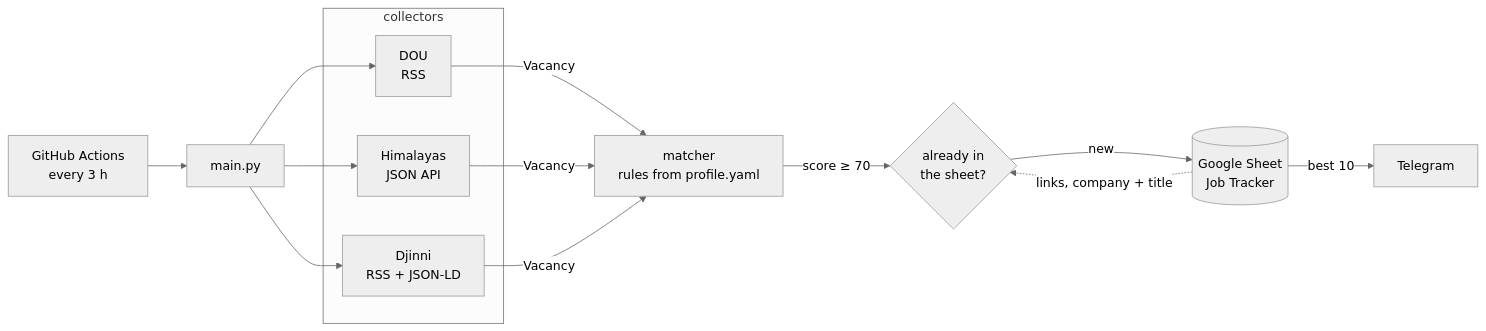
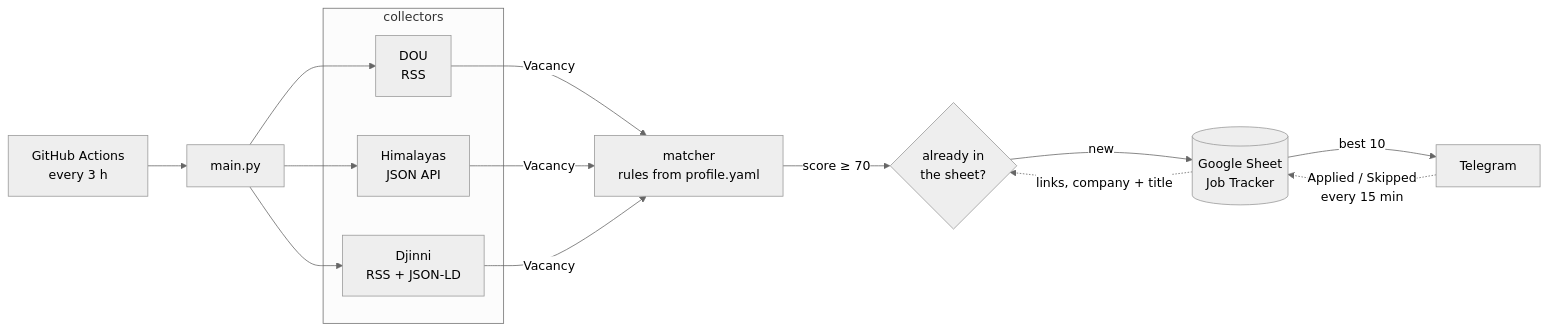
The diagram in README.md (dim-dimy4/job-matcher), drawn with Mermaid (neutral theme) before and after one commit. The commit also changed other lines of this file and 11 other files, not shown here.

First line of the commit message:
Add Applied / Skipped status buttons to Telegram messages

````diff
--- a/README.md
+++ b/README.md
@@ -13,15 +14,16 @@
 ```mermaid
 flowchart LR
     cron["GitHub Actions<br/>every 3 h"] --> main["main.py"]
     subgraph collectors
         dou["DOU<br/>RSS"]
         him["Himalayas<br/>JSON API"]
         djinni["Djinni<br/>RSS + JSON-LD"]
     end
     main --> dou & him & djinni
     dou & him & djinni -->|Vacancy| matcher["matcher<br/>rules from profile.yaml"]
     matcher -->|"score ≥ 70"| dedup{"already in<br/>the sheet?"}
     dedup -->|new| sheet[("Google Sheet<br/>Job Tracker")]
     sheet -->|"best 10"| tg["Telegram"]
     sheet -. "links, company + title" .-> dedup
+    tg -. "Applied / Skipped<br/>every 15 min" .-> sheet
 ```
````
